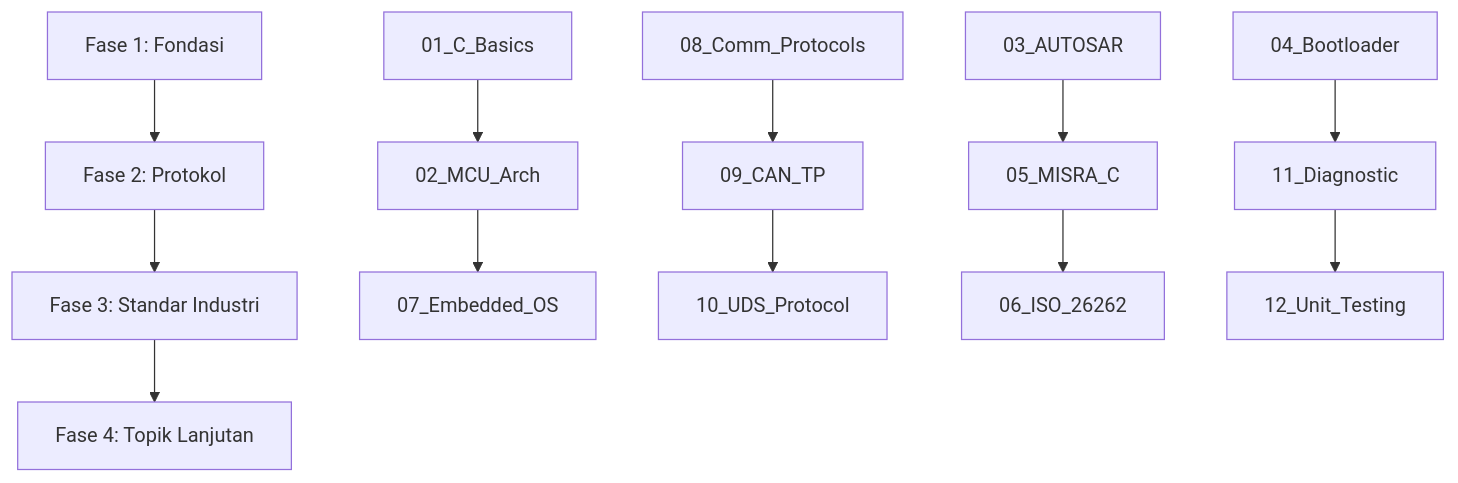
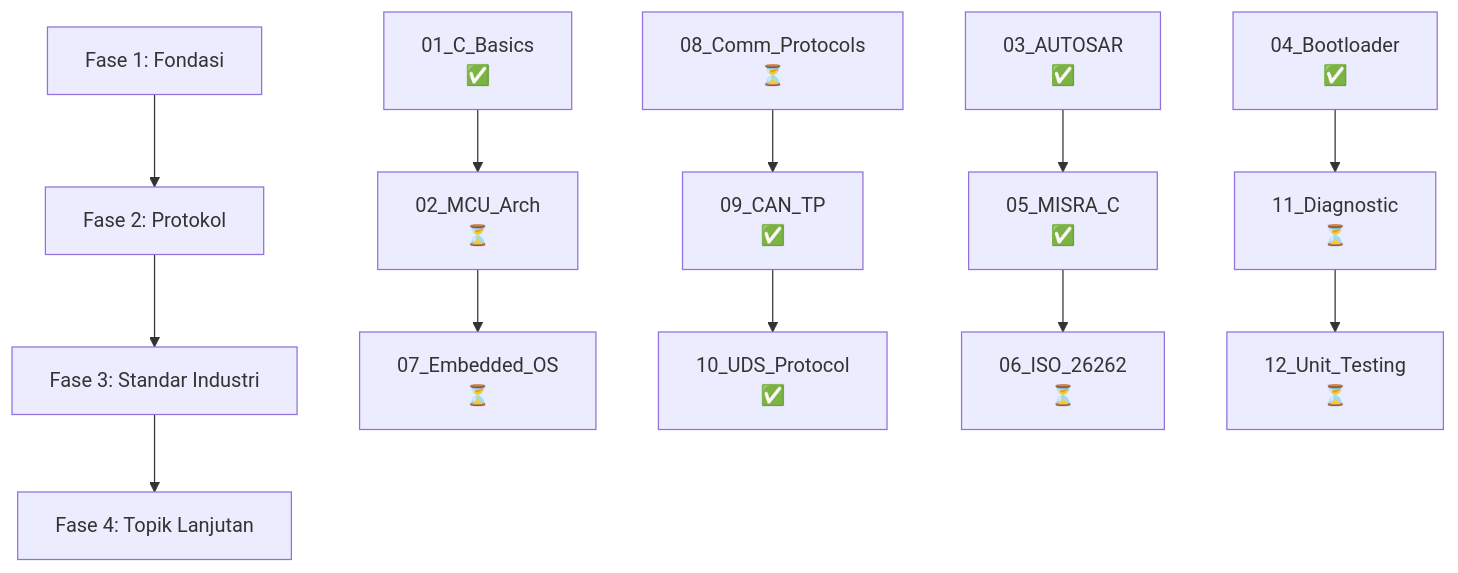
Before and after one commit to Farisshu/ESP32-Fieldbus-Integration: the diagram in materi/README.md, drawn with Mermaid. The commit also changed other lines of this file and 3 other files, not shown here.

````diff
--- a/materi/README.md
+++ b/materi/README.md
@@ -46,18 +46,18 @@
 ```mermaid
 graph TD
     A[Fase 1: Fondasi] --> B[Fase 2: Protokol]
     B --> C[Fase 3: Standar Industri]
     C --> D[Fase 4: Topik Lanjutan]
     
-    A1[01_C_Basics] --> A2[02_MCU_Arch]
-    A2 --> A3[07_Embedded_OS]
+    A1[01_C_Basics<br/>✅] --> A2[02_MCU_Arch<br/>⏳]
+    A2 --> A3[07_Embedded_OS<br/>⏳]
     
-    B1[08_Comm_Protocols] --> B2[09_CAN_TP]
-    B2 --> B3[10_UDS_Protocol]
+    B1[08_Comm_Protocols<br/>⏳] --> B2[09_CAN_TP<br/>✅]
+    B2 --> B3[10_UDS_Protocol<br/>✅]
     
-    C1[03_AUTOSAR] --> C2[05_MISRA_C]
-    C2 --> C3[06_ISO_26262]
+    C1[03_AUTOSAR<br/>✅] --> C2[05_MISRA_C<br/>✅]
+    C2 --> C3[06_ISO_26262<br/>⏳]
     
-    D1[04_Bootloader] --> D2[11_Diagnostic]
-    D2 --> D3[12_Unit_Testing]
+    D1[04_Bootloader<br/>✅] --> D2[11_Diagnostic<br/>⏳]
+    D2 --> D3[12_Unit_Testing<br/>⏳]
 ```
````
